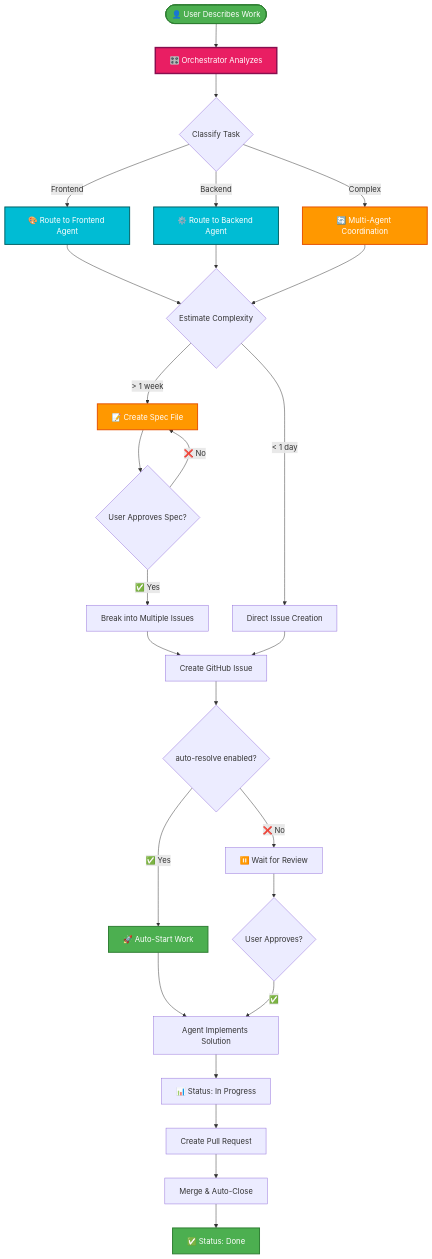
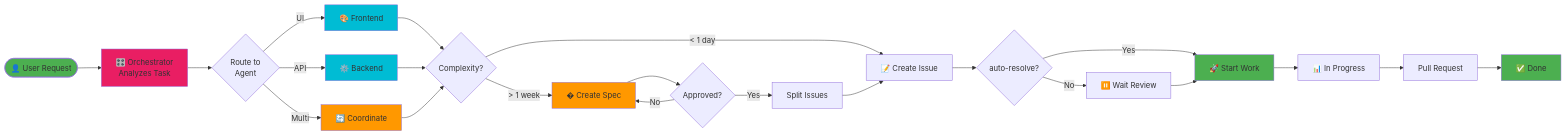
Before and after one commit to leopagotto/ingvar-kit: the second of 2 diagrams in README.md, drawn with Mermaid. The commit also changed other lines of this file, not shown here.

First line of the commit message:
docs: improve README diagrams and styling

````diff
--- a/README.md
+++ b/README.md
@@ -186,47 +183,39 @@
 ```mermaid
-graph TB
-    START([👤 User Describes Work])
-
-    START --> ORCHESTRATOR[🎛️ Orchestrator Analyzes]
-    ORCHESTRATOR --> CLASSIFY{Classify Task}
-
-    CLASSIFY -->|Frontend| ROUTE_FE[🎨 Route to Frontend Agent]
-    CLASSIFY -->|Backend| ROUTE_BE[⚙️ Route to Backend Agent]
-    CLASSIFY -->|Complex| ROUTE_MULTI[🔄 Multi-Agent Coordination]
-
-    ROUTE_FE --> COMPLEXITY{Estimate Complexity}
-    ROUTE_BE --> COMPLEXITY
-    ROUTE_MULTI --> COMPLEXITY
-
-    COMPLEXITY -->|< 1 day| SIMPLE[Direct Issue Creation]
-    COMPLEXITY -->|> 1 week| COMPLEX[📝 Create Spec File]
-
-    COMPLEX --> REVIEW{User Approves Spec?}
-    REVIEW -->|✅ Yes| BREAKDOWN[Break into Multiple Issues]
-    REVIEW -->|❌ No| COMPLEX
-
-    BREAKDOWN --> CREATE_ISSUE[Create GitHub Issue]
-    SIMPLE --> CREATE_ISSUE
-
-    CREATE_ISSUE --> CHECK_CONFIG{auto-resolve enabled?}
-    CHECK_CONFIG -->|✅ Yes| AUTO_START[🚀 Auto-Start Work]
-    CHECK_CONFIG -->|❌ No| WAIT[⏸️ Wait for Review]
-
-    AUTO_START --> IMPLEMENT[Agent Implements Solution]
-    WAIT --> USER_OK{User Approves?}
-    USER_OK -->|✅| IMPLEMENT
-
-    IMPLEMENT --> STATUS[📊 Status: In Progress]
-    STATUS --> PR[Create Pull Request]
-    PR --> MERGE[Merge & Auto-Close]
-    MERGE --> DONE[✅ Status: Done]
-
-    style START fill:#4CAF50,stroke:#2E7D32,stroke-width:2px,color:#fff
-    style ORCHESTRATOR fill:#E91E63,stroke:#880E4F,stroke-width:3px,color:#fff
-    style ROUTE_FE fill:#00BCD4,stroke:#006064,stroke-width:2px,color:#fff
-    style ROUTE_BE fill:#00BCD4,stroke:#006064,stroke-width:2px,color:#fff
-    style ROUTE_MULTI fill:#FF9800,stroke:#E65100,stroke-width:2px,color:#fff
-    style COMPLEX fill:#FF9800,stroke:#E65100,stroke-width:2px,color:#fff
-    style AUTO_START fill:#4CAF50,stroke:#2E7D32,stroke-width:2px,color:#fff
-    style DONE fill:#4CAF50,stroke:#2E7D32,stroke-width:2px,color:#fff
+graph LR
+    START([👤 User Request]) --> ORCH[🎛️ Orchestrator<br/>Analyzes Task]
+    
+    ORCH --> ROUTE{Route to<br/>Agent}
+    ROUTE -->|UI| FE[🎨 Frontend]
+    ROUTE -->|API| BE[⚙️ Backend]
+    ROUTE -->|Multi| MULTI[🔄 Coordinate]
+    
+    FE --> COMPLEX{Complexity?}
+    BE --> COMPLEX
+    MULTI --> COMPLEX
+    
+    COMPLEX -->|< 1 day| ISSUE[📝 Create Issue]
+    COMPLEX -->|> 1 week| SPEC[� Create Spec]
+    
+    SPEC --> APPROVE{Approved?}
+    APPROVE -->|Yes| BREAKDOWN[Split Issues]
+    APPROVE -->|No| SPEC
+    BREAKDOWN --> ISSUE
+    
+    ISSUE --> CONFIG{auto-resolve?}
+    CONFIG -->|Yes| WORK[🚀 Start Work]
+    CONFIG -->|No| WAIT[⏸️ Wait Review]
+    WAIT --> WORK
+    
+    WORK --> STATUS[📊 In Progress]
+    STATUS --> PR[Pull Request]
+    PR --> MERGE[✅ Done]
+    
+    style START fill:#4CAF50
+    style ORCH fill:#E91E63
+    style FE fill:#00BCD4
+    style BE fill:#00BCD4
+    style MULTI fill:#FF9800
+    style SPEC fill:#FF9800
+    style WORK fill:#4CAF50
+    style MERGE fill:#4CAF50
 ```
````
